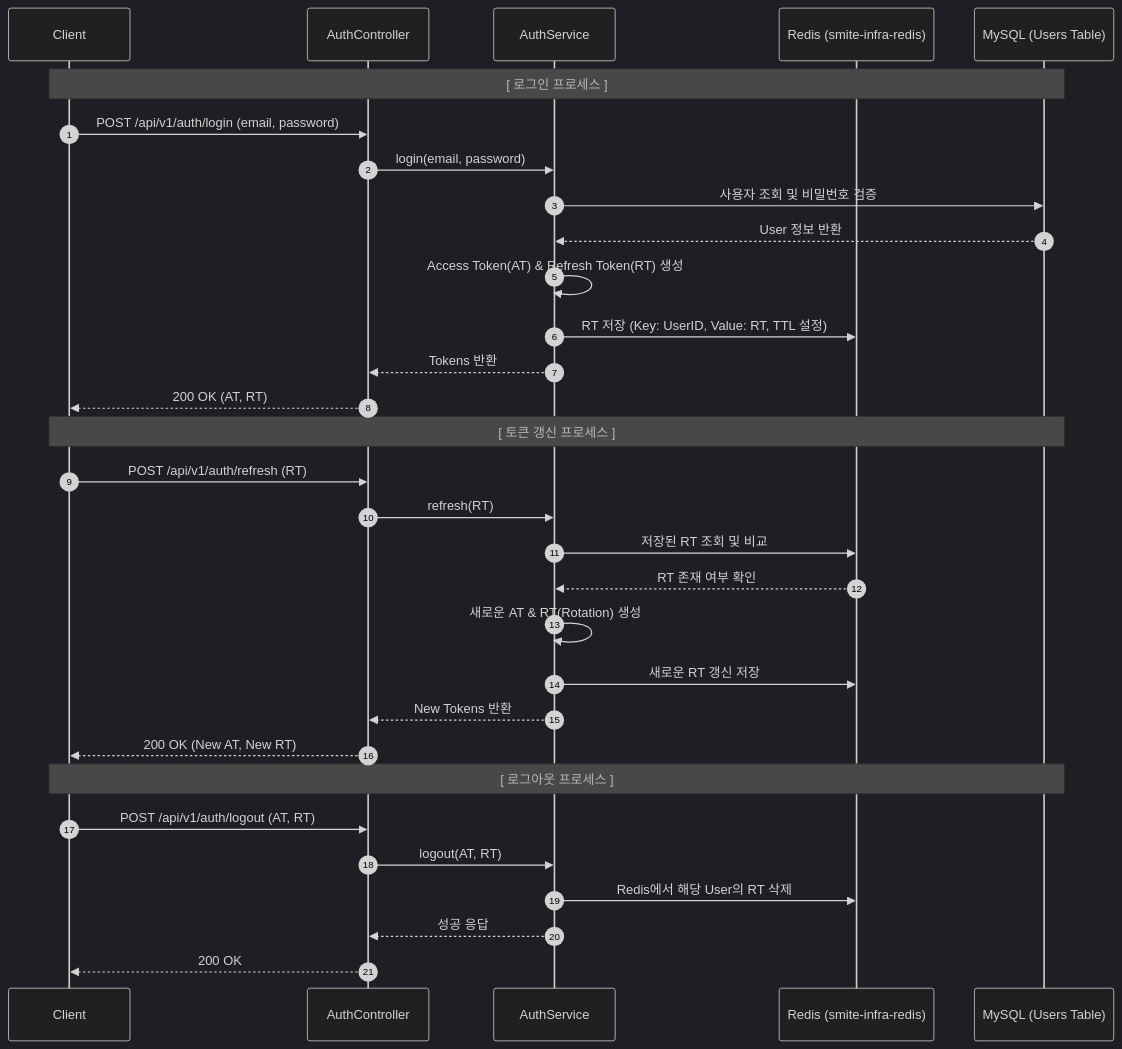
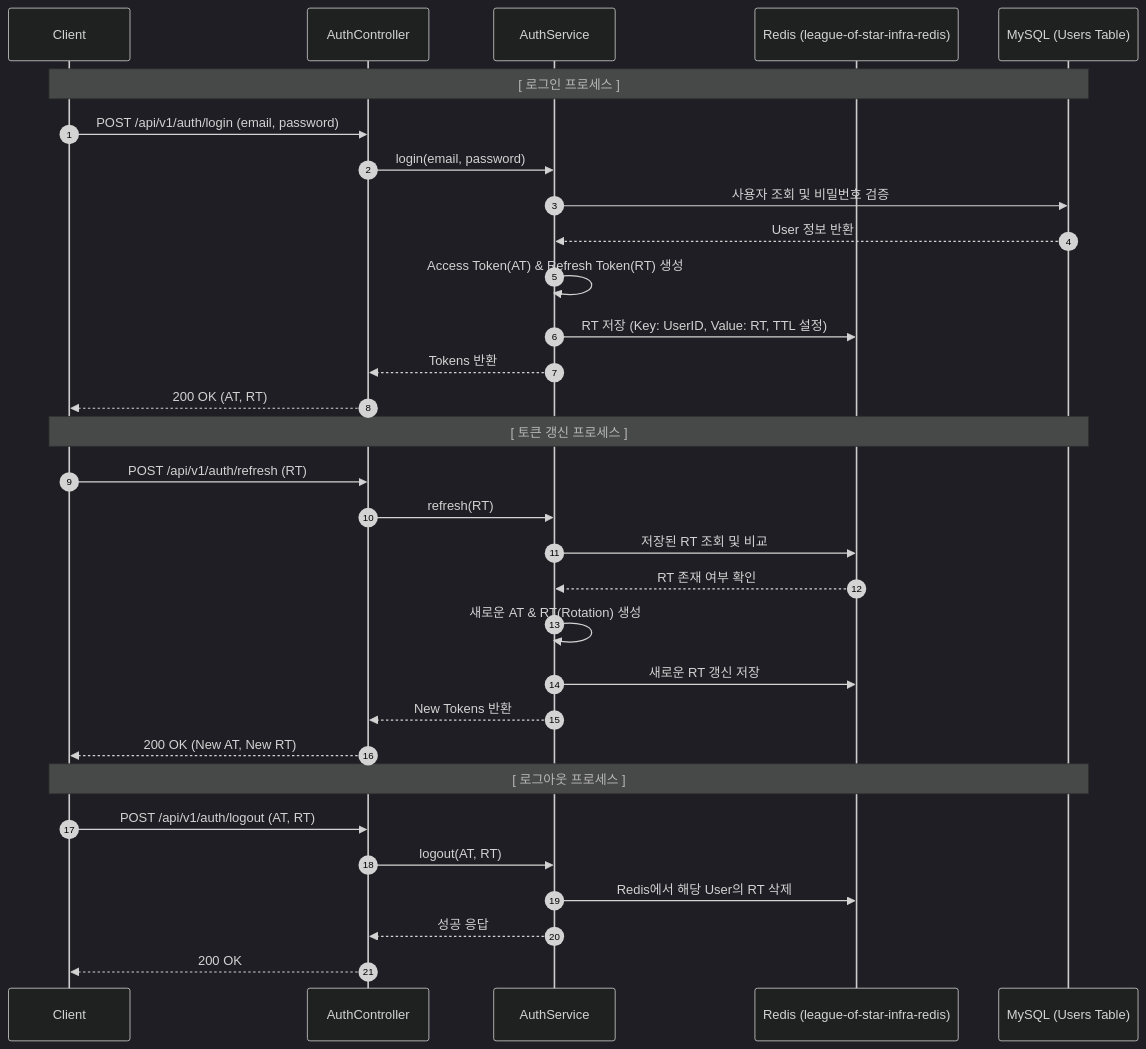
One commit to moonwhistle/League-of-Star changed the diagram in docs/antigravity/backend/issue-18-implement-login-and-refresh-token.md. Above: the diagram before and after it, drawn with Mermaid (dark theme). The commit also changed other lines of this file and 70 other files, not shown here.

Commit message:
feat: league of star 백엔드 계약 문서를 정리함

````diff
--- a/docs/antigravity/backend/issue-18-implement-login-and-refresh-token.md
+++ b/docs/antigravity/backend/issue-18-implement-login-and-refresh-token.md
@@ -12,36 +12,36 @@
 ```mermaid
 sequenceDiagram
     autonumber
     participant C as Client
     participant A as AuthController
     participant S as AuthService
-    participant R as Redis (smite-infra-redis)
+    participant R as Redis (league-of-star-infra-redis)
     participant DB as MySQL (Users Table)
 
     Note over C, DB: [ 로그인 프로세스 ]
     C->>A: POST /api/v1/auth/login (email, password)
     A->>S: login(email, password)
     S->>DB: 사용자 조회 및 비밀번호 검증
     DB-->>S: User 정보 반환
     S->>S: Access Token(AT) & Refresh Token(RT) 생성
     S->>R: RT 저장 (Key: UserID, Value: RT, TTL 설정)
     S-->>A: Tokens 반환
     A-->>C: 200 OK (AT, RT)
 
     Note over C, DB: [ 토큰 갱신 프로세스 ]
     C->>A: POST /api/v1/auth/refresh (RT)
     A->>S: refresh(RT)
     S->>R: 저장된 RT 조회 및 비교
     R-->>S: RT 존재 여부 확인
     S->>S: 새로운 AT & RT(Rotation) 생성
     S->>R: 새로운 RT 갱신 저장
     S-->>A: New Tokens 반환
     A-->>C: 200 OK (New AT, New RT)
 
     Note over C, DB: [ 로그아웃 프로세스 ]
     C->>A: POST /api/v1/auth/logout (AT, RT)
     A->>S: logout(AT, RT)
     S->>R: Redis에서 해당 User의 RT 삭제
     S-->>A: 성공 응답
     A-->>C: 200 OK
 ```
````
